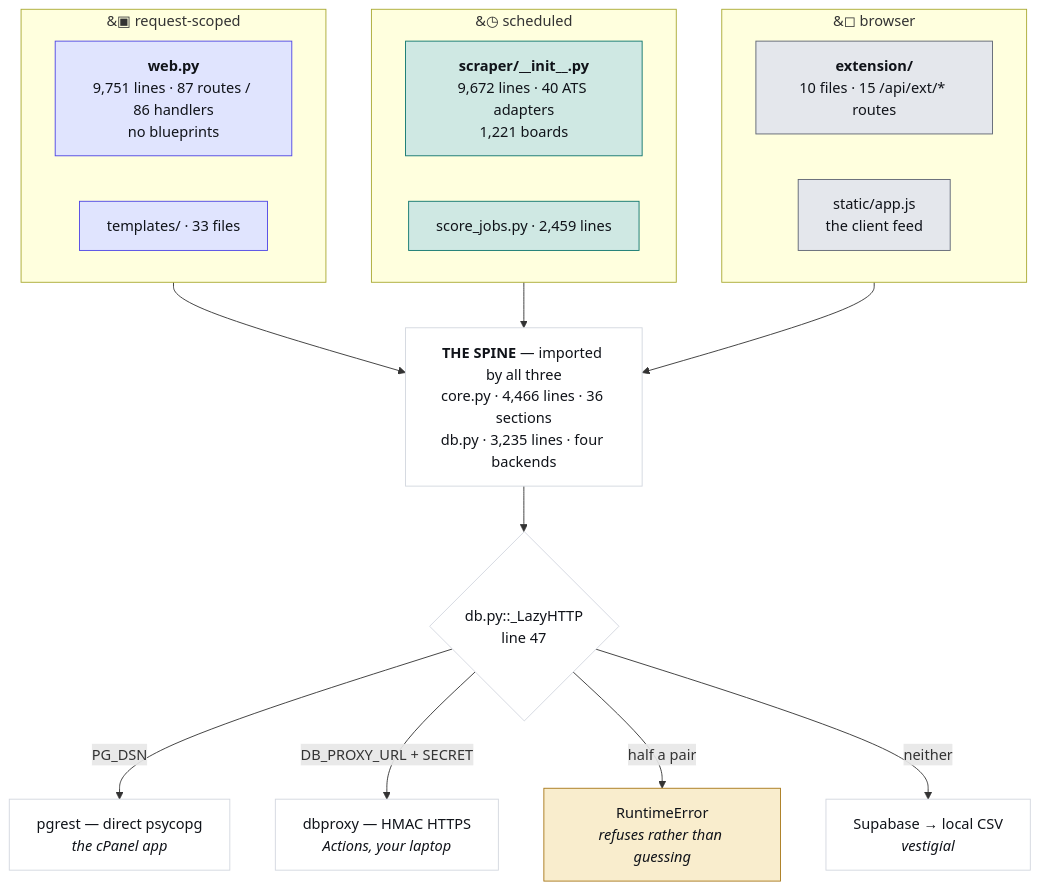
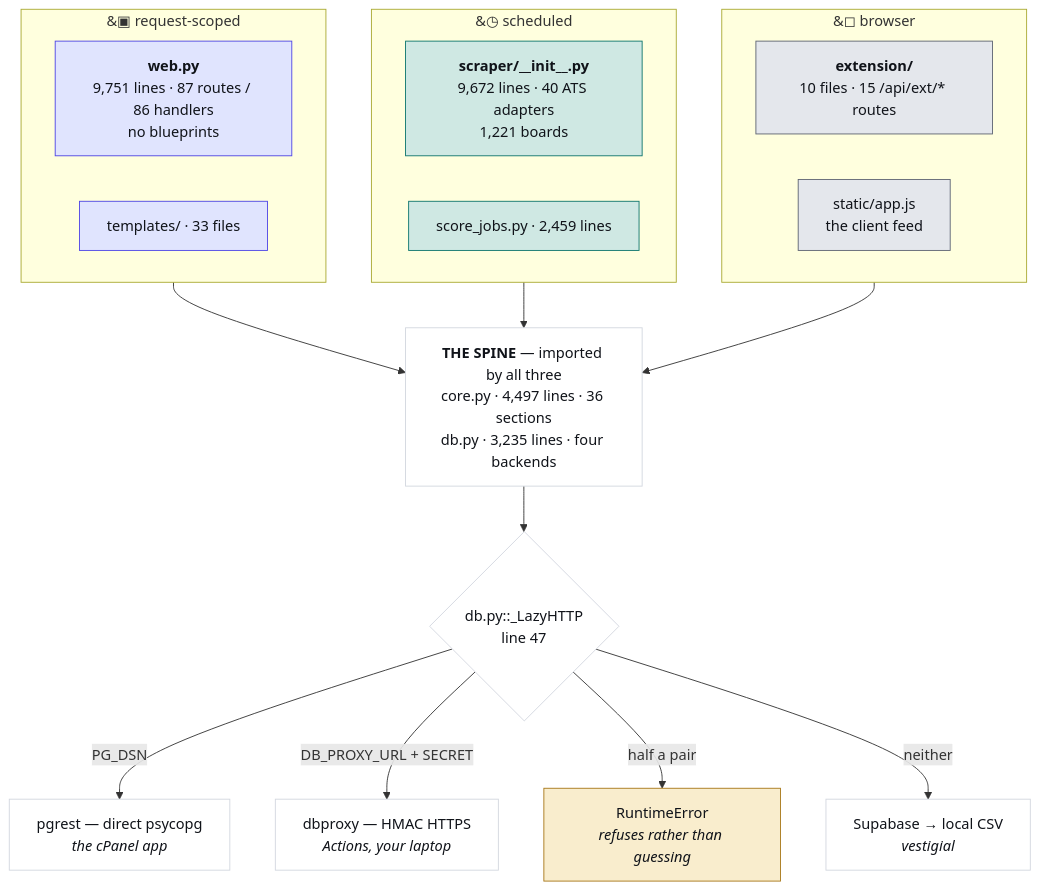
One commit to hadakunal909-debug/job-search-tool changed the first of 4 diagrams in JobMatch Scraper/docs/ARCHITECTURE.md. Above: the diagram before and after it, drawn with Mermaid. The commit also changed other lines of this file and 5 other files, not shown here.

````diff
--- a/JobMatch Scraper/docs/ARCHITECTURE.md
+++ b/JobMatch Scraper/docs/ARCHITECTURE.md
@@ -45,34 +45,34 @@
 ```mermaid
 flowchart TB
   subgraph REQ["&#9635; request-scoped"]
     W["<b>web.py</b><br/>9,751 lines · 87 routes / 86 handlers<br/>no blueprints"]
     T["templates/ · 33 files"]
   end
   subgraph SCH["&#9719; scheduled"]
     S["<b>scraper/__init__.py</b><br/>9,672 lines · 40 ATS adapters<br/>1,221 boards"]
     J["score_jobs.py · 2,459 lines"]
   end
   subgraph CLI["&#9723; browser"]
     E["<b>extension/</b><br/>10 files · 15 /api/ext/* routes"]
     A["static/app.js<br/>the client feed"]
   end
-  SPINE["<b>THE SPINE</b> — imported by all three<br/>core.py · 4,466 lines · 36 sections<br/>db.py · 3,235 lines · four backends"]
+  SPINE["<b>THE SPINE</b> — imported by all three<br/>core.py · 4,497 lines · 36 sections<br/>db.py · 3,235 lines · four backends"]
   REQ --> SPINE
   SCH --> SPINE
   CLI --> SPINE
   SPINE --> D{"db.py::_LazyHTTP<br/>line 47"}
   D -->|"PG_DSN"| P["pgrest — direct psycopg<br/><i>the cPanel app</i>"]
   D -->|"DB_PROXY_URL + SECRET"| X["dbproxy — HMAC HTTPS<br/><i>Actions, your laptop</i>"]
   D -->|"half a pair"| R["RuntimeError<br/><i>refuses rather than guessing</i>"]
   D -->|"neither"| V["Supabase → local CSV<br/><i>vestigial</i>"]
   classDef web fill:#e0e4fe,stroke:#4f46e5,color:#101319
   classDef sched fill:#cfe8e3,stroke:#0f766e,color:#101319
   classDef client fill:#e4e7ec,stroke:#5f6573,color:#101319
   classDef trap fill:#f9edcd,stroke:#a8781a,color:#101319
   classDef plain fill:#ffffff,stroke:#d3d7df,color:#101319
   class W,T web
   class S,J sched
   class E,A client
   class R trap
   class SPINE,D,P,X,V plain
 ```
````
